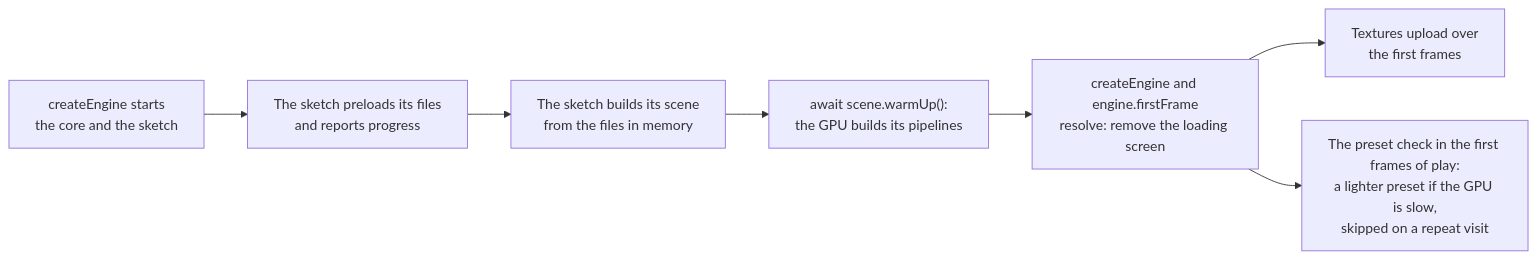
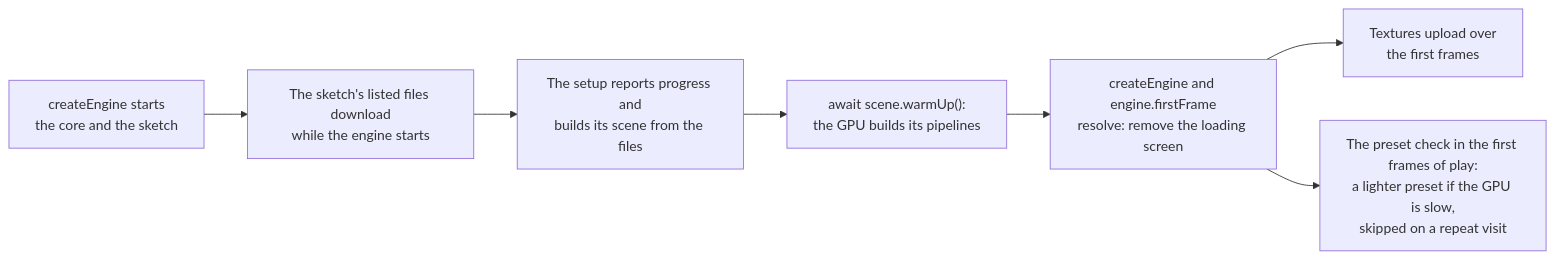
Before and after one commit to null3d-engine/null3d: the diagram in docs/guides/loading-screens.md, drawn with Mermaid. The commit also changed other lines of this file and 37 other files, not shown here.

````diff
--- a/docs/guides/loading-screens.md
+++ b/docs/guides/loading-screens.md
@@ -13,9 +13,9 @@
 ```mermaid
 flowchart LR
-    start["createEngine starts<br/>the core and the sketch"] --> preload["The sketch preloads its files<br/>and reports progress"]
-    preload --> setup["The sketch builds its scene<br/>from the files in memory"]
+    start["createEngine starts<br/>the core and the sketch"] --> preload["The sketch's listed files download<br/>while the engine starts"]
+    preload --> setup["The setup reports progress and<br/>builds its scene from the files"]
     setup --> warm["await scene.warmUp():<br/>the GPU builds its pipelines"]
     warm --> first["createEngine and engine.firstFrame<br/>resolve: remove the loading screen"]
     first --> uploads["Textures upload over<br/>the first frames"]
     first --> check["The preset check in the first frames of play:<br/>a lighter preset if the GPU is slow,<br/>skipped on a repeat visit"]
 ```
````
